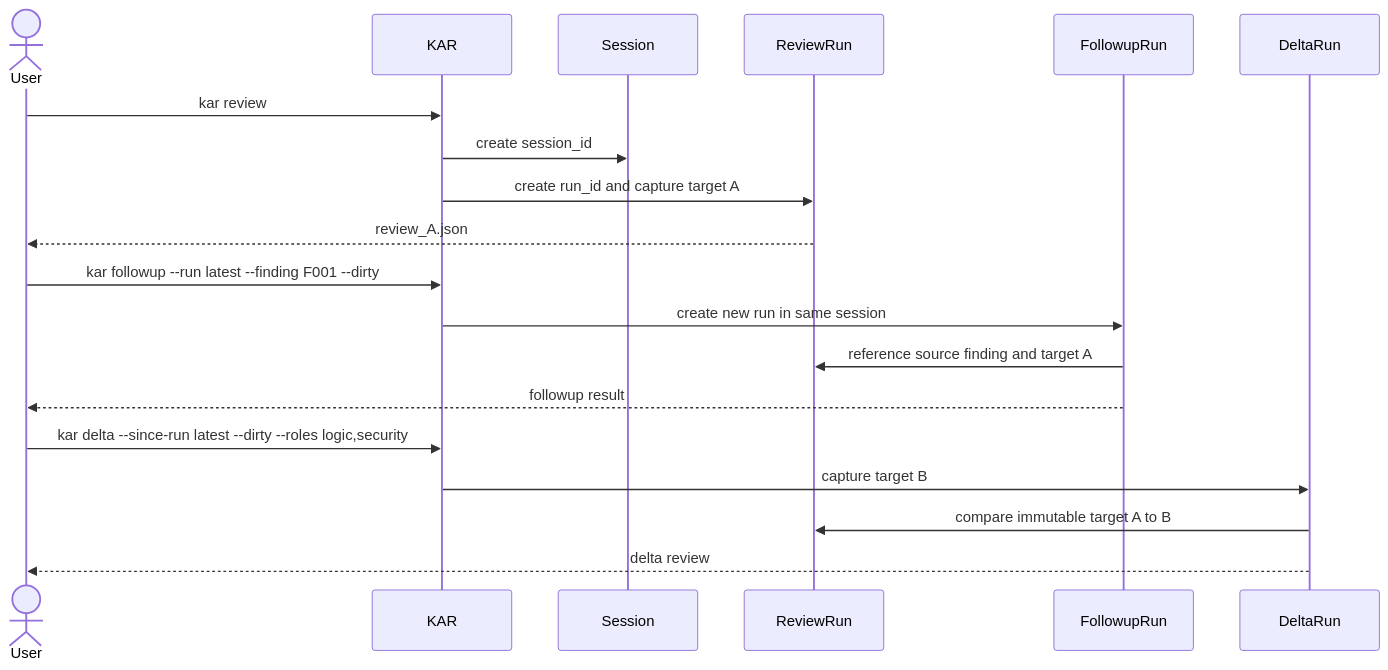
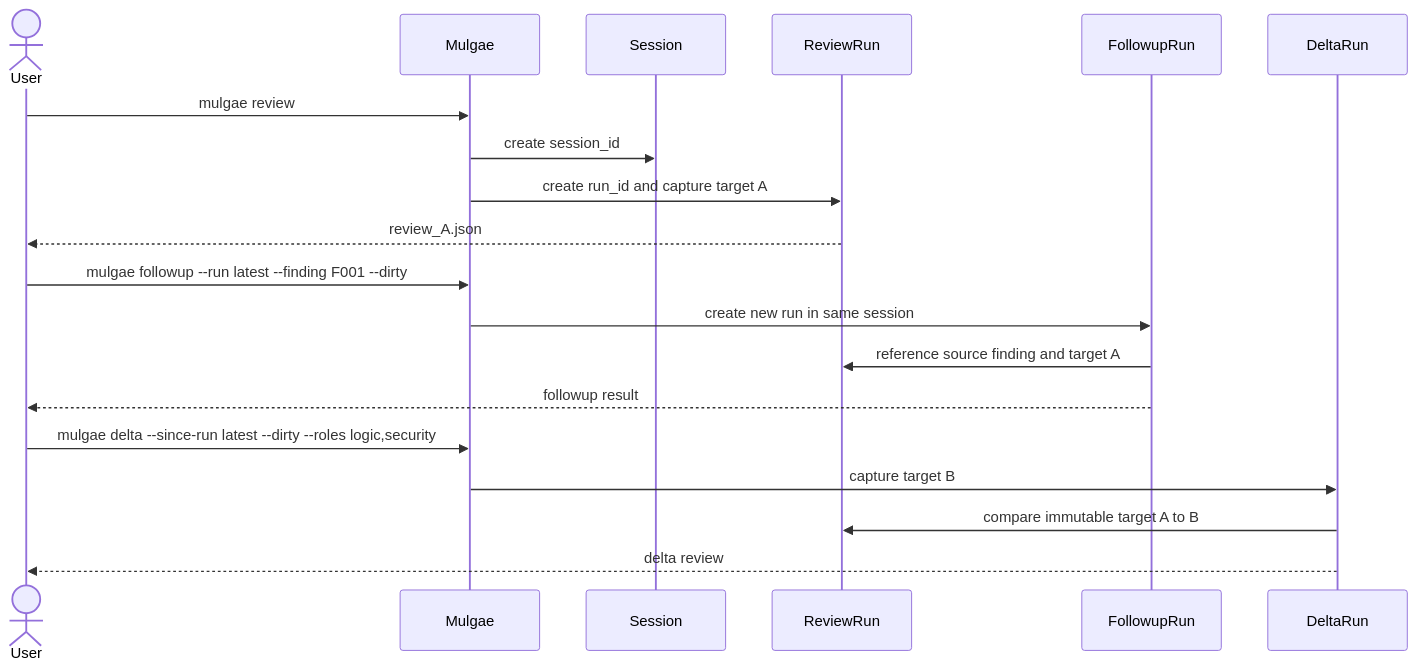
The diagram in internal/builtin/assets/docs/03-cli-workflows.md (irootkernel/mulgae), drawn with Mermaid before and after one commit. The commit also changed other lines of this file and 413 other files, not shown here.

Commit message:
refactor(product): rename KAR runtime to Mulgae

````diff
--- a/internal/builtin/assets/docs/03-cli-workflows.md
+++ b/internal/builtin/assets/docs/03-cli-workflows.md
@@ -292,24 +292,24 @@
 ```mermaid
 sequenceDiagram
     actor User
-    participant KAR
+    participant Mulgae
     participant Session
     participant ReviewRun
     participant FollowupRun
     participant DeltaRun
 
-    User->>KAR: kar review
-    KAR->>Session: create session_id
-    KAR->>ReviewRun: create run_id and capture target A
+    User->>Mulgae: mulgae review
+    Mulgae->>Session: create session_id
+    Mulgae->>ReviewRun: create run_id and capture target A
     ReviewRun-->>User: review_A.json
 
-    User->>KAR: kar followup --run latest --finding F001 --dirty
-    KAR->>FollowupRun: create new run in same session
+    User->>Mulgae: mulgae followup --run latest --finding F001 --dirty
+    Mulgae->>FollowupRun: create new run in same session
     FollowupRun->>ReviewRun: reference source finding and target A
     FollowupRun-->>User: followup result
 
-    User->>KAR: kar delta --since-run latest --dirty --roles logic,security
-    KAR->>DeltaRun: capture target B
+    User->>Mulgae: mulgae delta --since-run latest --dirty --roles logic,security
+    Mulgae->>DeltaRun: capture target B
     DeltaRun->>ReviewRun: compare immutable target A to B
     DeltaRun-->>User: delta review
 ```
````
